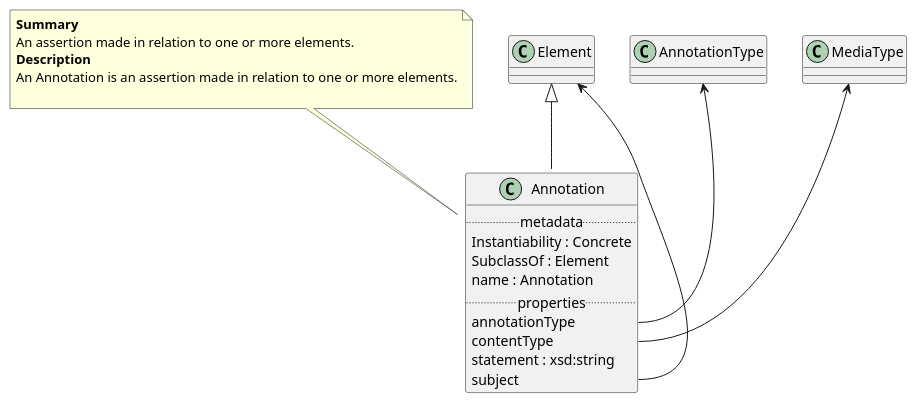
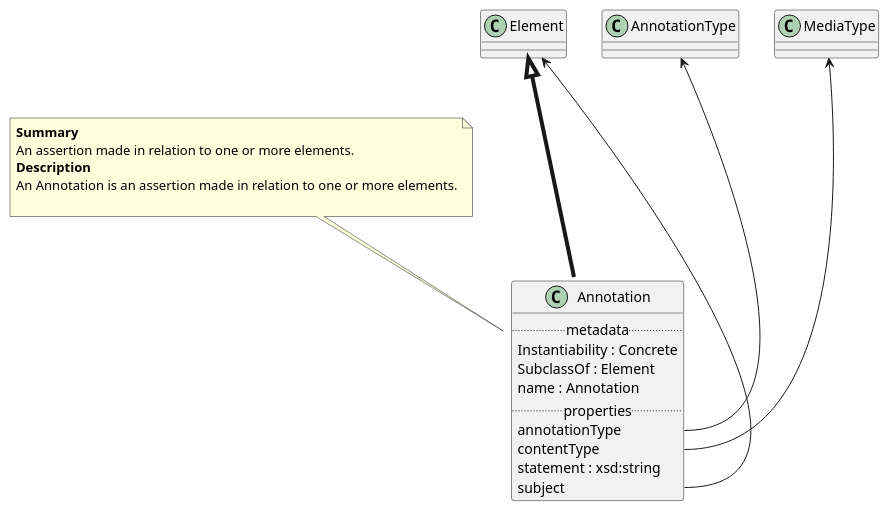
Before and after one commit to maxhbr/spec-parser.hs: the diagram in Classes/Annotation.puml, drawn with PlantUML. The commit also changed 61 other files, not shown here.

```diff
--- a/Classes/Annotation.puml
+++ b/Classes/Annotation.puml
@@ -1,24 +1,24 @@
 @startuml
 class Annotation {
 .. metadata ..
     Instantiability : Concrete
     SubclassOf : Element
     name : Annotation
 .. properties ..
     annotationType
     contentType
     statement : xsd:string
     subject
 }
 note top of Annotation
 <b>Summary</b>
 An assertion made in relation to one or more elements.
 <b>Description</b>
 An Annotation is an assertion made in relation to one or more elements.
 
 end note
-"Element" <|-- "Annotation"
-"AnnotationType" <-- "Annotation::annotationType"
-"MediaType" <-- "Annotation::contentType"
-"Element" <-- "Annotation::subject"
+"Element" <|-[thickness=4]- "Annotation"
+"AnnotationType" <--- "Annotation::annotationType"
+"MediaType" <--- "Annotation::contentType"
+"Element" <--- "Annotation::subject"
 @enduml
```
